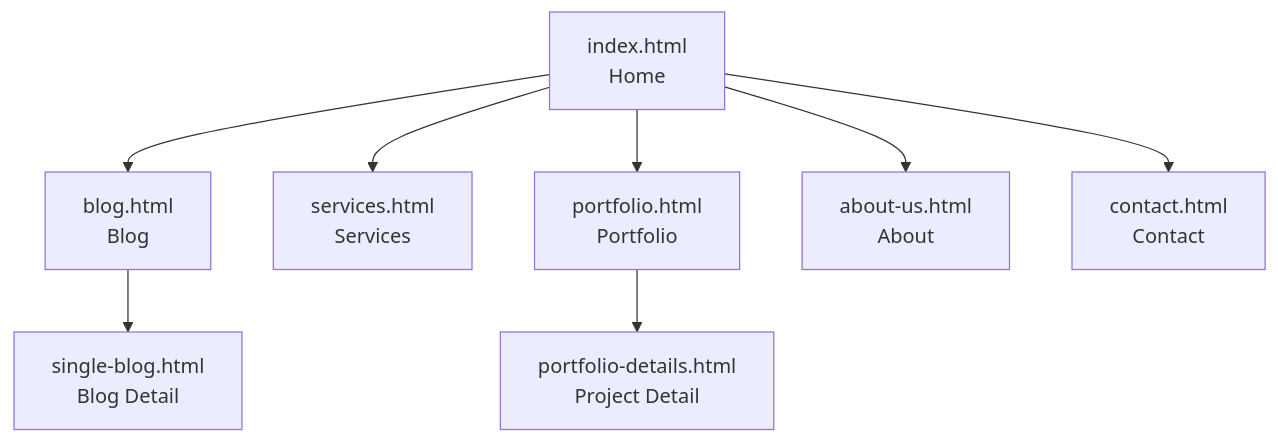
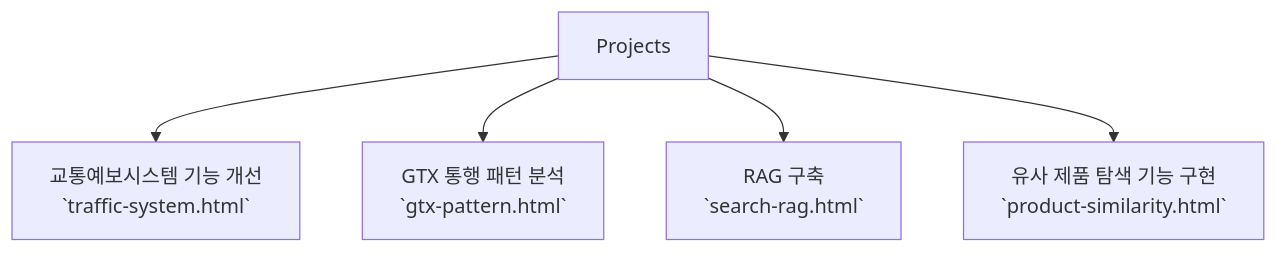
Before and after one commit to weweGH/wewegh.github.io: the second of 3 diagrams in docs/site-structure.md, drawn with Mermaid. The commit also changed other lines of this file, not shown here.

````diff
--- a/docs/site-structure.md
+++ b/docs/site-structure.md
@@ -99,11 +45,7 @@
 ```mermaid
 graph TD
-    Home[index.html<br/>Home] --> Blog[blog.html<br/>Blog]
-    Home --> Services[services.html<br/>Services]
-    Home --> Portfolio[portfolio.html<br/>Portfolio]
-    Home --> About[about-us.html<br/>About]
-    Home --> Contact[contact.html<br/>Contact]
-
-    Blog --> SingleBlog[single-blog.html<br/>Blog Detail]
-    Portfolio --> PortfolioDetails[portfolio-details.html<br/>Project Detail]
-```    
+    Projects --> project_a[교통예보시스템 기능 개선<br/>`traffic-system.html`]
+    Projects --> project_b[GTX 통행 패턴 분석<br/>`gtx-pattern.html`]
+    Projects --> project_c[RAG 구축<br/>`search-rag.html`]
+    Projects --> project_d[유사 제품 탐색 기능 구현<br/>`product-similarity.html`]
+```
````
